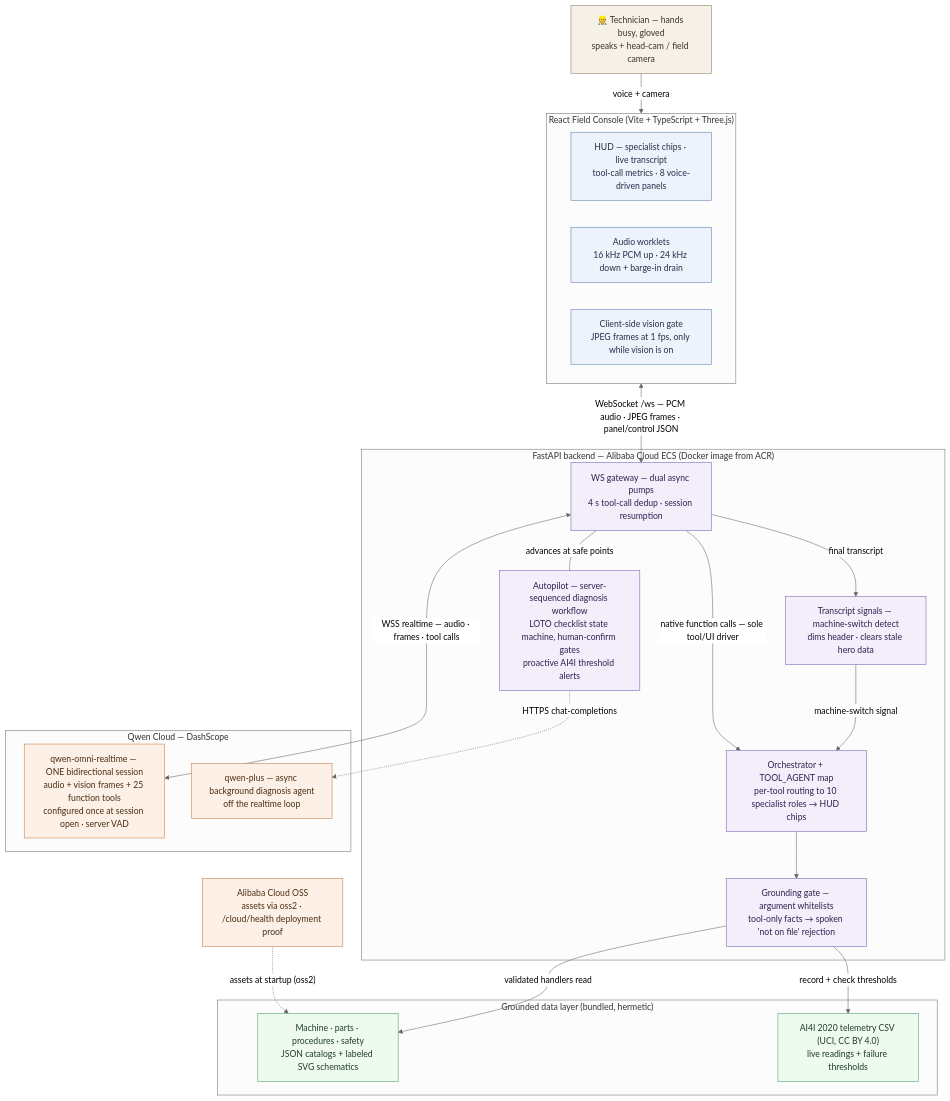
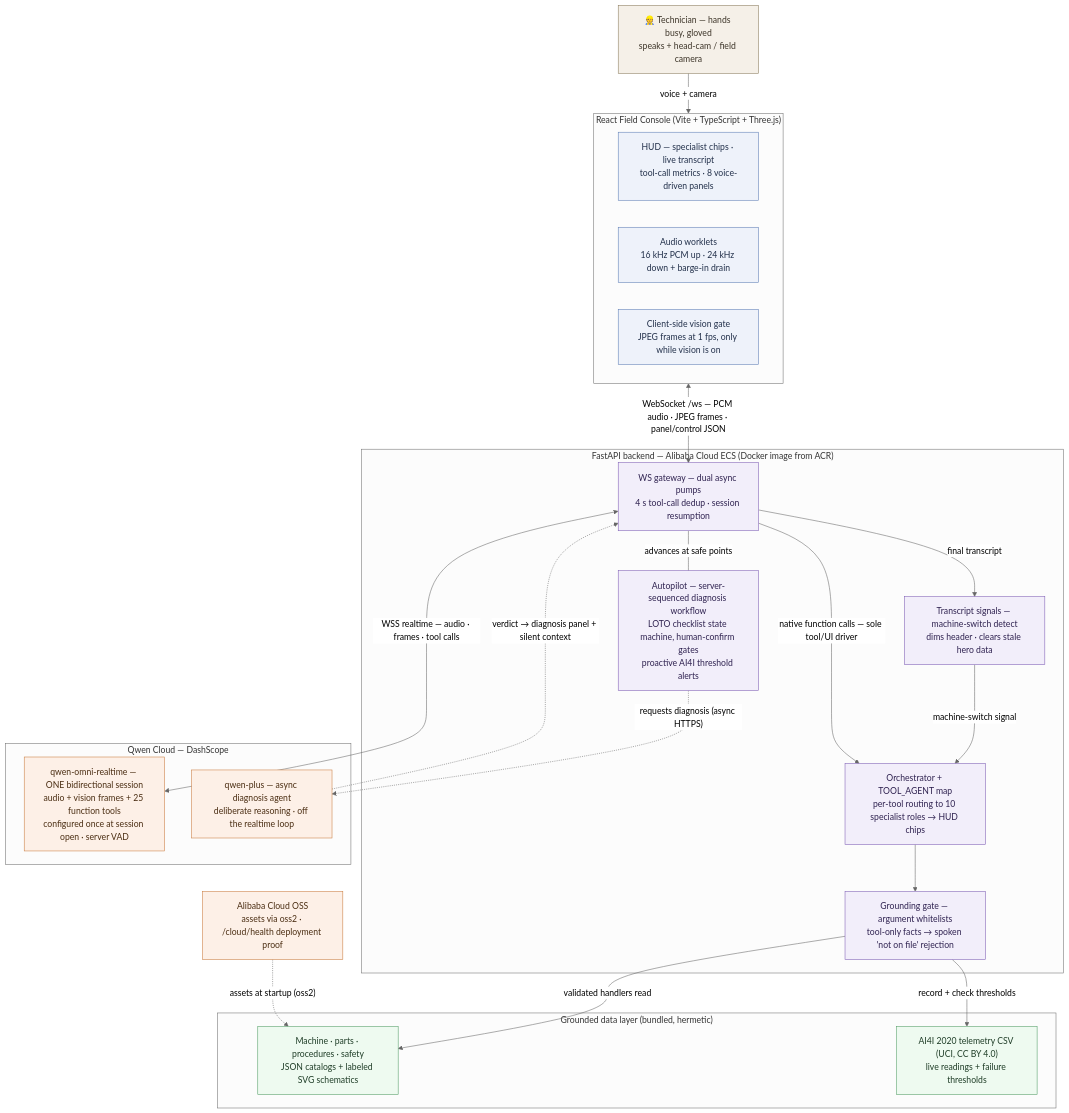
One commit to kaushikchaturvedula/FORGE changed the diagram in docs/architecture.md. Above: the diagram before and after it, drawn with Mermaid (neutral theme). The commit also changed other lines of this file and 5 other files, not shown here.

````diff
--- a/docs/architecture.md
+++ b/docs/architecture.md
@@ -17,49 +17,50 @@
 ```mermaid
 flowchart TB
   classDef human fill:#f5f0e8,stroke:#8a7a5c,color:#3d3529
   classDef front fill:#eef2fa,stroke:#5b7bb4,color:#22304a
   classDef back fill:#f2eefa,stroke:#7c5bb4,color:#2f2250
   classDef store fill:#eefaf0,stroke:#4f9c63,color:#1f3d27
   classDef cloud fill:#fdf0e7,stroke:#c97b3d,color:#4a2d12
 
   TECH["👷 Technician — hands busy, gloved<br/>speaks + head-cam / field camera"]:::human
 
   subgraph CONSOLE["React Field Console (Vite + TypeScript + Three.js)"]
     HUD["HUD — specialist chips · live transcript<br/>tool-call metrics · 8 voice-driven panels"]:::front
     AUDIO["Audio worklets<br/>16 kHz PCM up · 24 kHz down + barge-in drain"]:::front
     VGATE["Client-side vision gate<br/>JPEG frames at 1 fps, only while vision is on"]:::front
   end
 
   subgraph BACKEND["FastAPI backend — Alibaba Cloud ECS (Docker image from ACR)"]
     GW["WS gateway — dual async pumps<br/>4 s tool-call dedup · session resumption"]:::back
     INTENT["Transcript signals — machine-switch detect<br/>dims header · clears stale hero data"]:::back
     ORCH["Orchestrator + TOOL_AGENT map<br/>per-tool routing to 10 specialist roles → HUD chips"]:::back
     GROUND["Grounding gate — argument whitelists<br/>tool-only facts → spoken 'not on file' rejection"]:::back
     AUTO["Autopilot — server-sequenced diagnosis workflow<br/>LOTO checklist state machine, human-confirm gates<br/>proactive AI4I threshold alerts"]:::back
   end
 
   subgraph DATALAYER["Grounded data layer (bundled, hermetic)"]
     CAT["Machine · parts · procedures · safety<br/>JSON catalogs + labeled SVG schematics"]:::store
     AI4I["AI4I 2020 telemetry CSV (UCI, CC BY 4.0)<br/>live readings + failure thresholds"]:::store
   end
 
   subgraph QWEN["Qwen Cloud — DashScope"]
     RT["qwen-omni-realtime — ONE bidirectional session<br/>audio + vision frames + 25 function tools<br/>configured once at session open · server VAD"]:::cloud
-    QP["qwen-plus — async background diagnosis agent<br/>off the realtime loop"]:::cloud
+    QP["qwen-plus — async diagnosis agent<br/>deliberate reasoning · off the realtime loop"]:::cloud
   end
 
   OSS["Alibaba Cloud OSS<br/>assets via oss2 · /cloud/health deployment proof"]:::cloud
 
   TECH -->|"voice + camera"| CONSOLE
   CONSOLE <-->|"WebSocket /ws — PCM audio · JPEG frames · panel/control JSON"| GW
   GW -->|"final transcript"| INTENT
   INTENT -->|"machine-switch signal"| ORCH
   GW -->|"native function calls — sole tool/UI driver"| ORCH
   GW ---|"advances at safe points"| AUTO
   ORCH --> GROUND
   GROUND -->|"validated handlers read"| CAT
   GROUND -->|"record + check thresholds"| AI4I
   GW <-->|"WSS realtime — audio · frames · tool calls"| RT
-  AUTO -.->|"HTTPS chat-completions"| QP
+  AUTO -.->|"requests diagnosis (async HTTPS)"| QP
+  QP -.->|"verdict → diagnosis panel + silent context"| GW
   OSS -.->|"assets at startup (oss2)"| CAT
 ```
````
